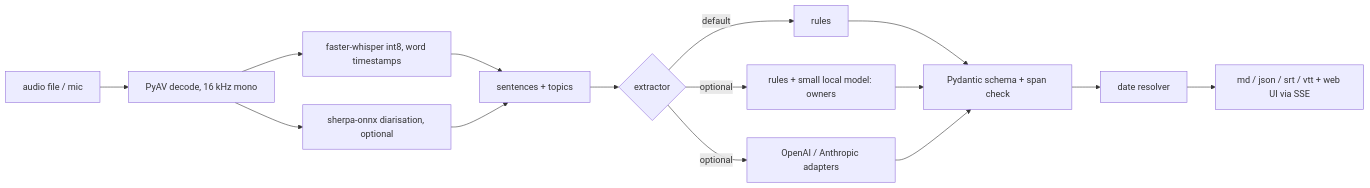
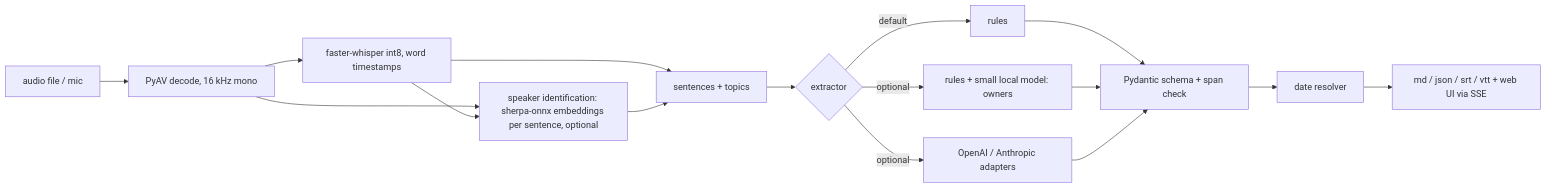
The diagram in README.md (Aditya2616/VoiceScribe), drawn with Mermaid before and after one commit. The commit also changed other lines of this file and 35 other files, not shown here.

Commit message:
Sentence-level speaker identification tuned on dev, measured on synthesised held-out meetings; speakers to owners; demo recorded with it

````diff
--- a/README.md
+++ b/README.md
@@ -52,17 +52,18 @@
 ```mermaid
 flowchart LR
   A[audio file / mic] --> B[PyAV decode, 16 kHz mono]
   B --> C[faster-whisper int8, word timestamps]
-  B --> D[sherpa-onnx diarisation, optional]
+  B --> D[speaker identification: sherpa-onnx embeddings per sentence, optional]
+  C --> D
   C --> E[sentences + topics]
   D --> E
   E --> F{extractor}
   F -->|default| G[rules]
   F -->|optional| H[rules + small local model: owners]
   F -->|optional| I[OpenAI / Anthropic adapters]
   G --> J[Pydantic schema + span check]
   H --> J
   I --> J
   J --> K[date resolver]
   K --> L[md / json / srt / vtt + web UI via SSE]
 ```
````
